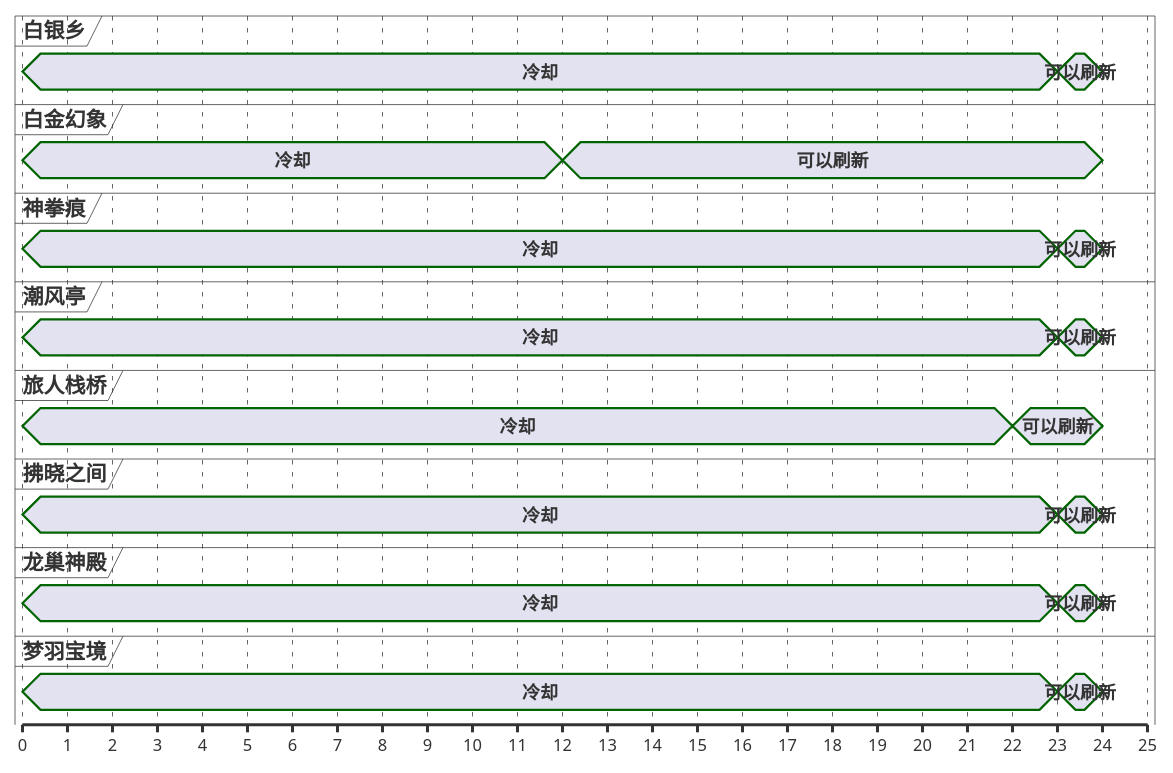
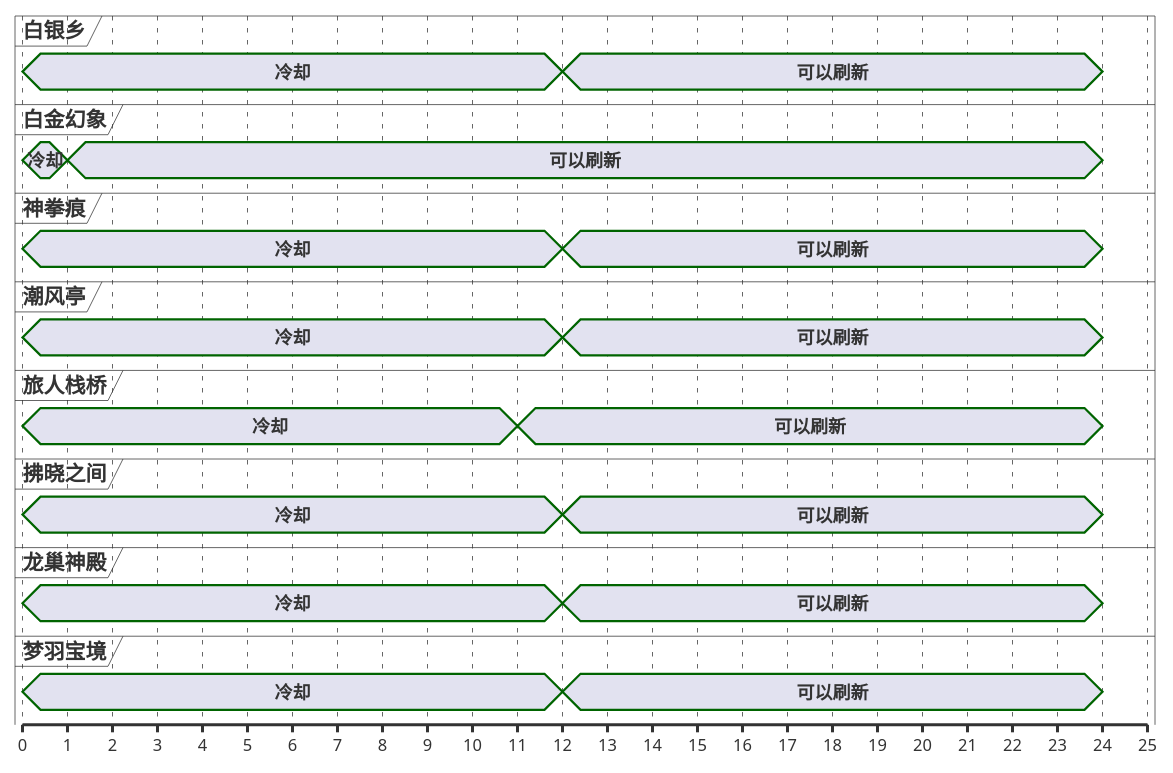
Before and after one commit to Eroleice/doc-pi: the second of 13 diagrams in ffxiv/hunt/2.0/Safat.md, drawn with PlantUML. The commit also changed other lines of this file and 38 other files, not shown here.

````diff
--- a/ffxiv/hunt/2.0/Safat.md
+++ b/ffxiv/hunt/2.0/Safat.md
@@ -91,55 +91,55 @@
 ```plantuml
 @startuml
 scale 1 as 30 pixels
 
 concise 白银乡
 concise 白金幻象
 concise 神拳痕
 concise 潮风亭
 concise 旅人栈桥
 concise 拂晓之间
 concise 龙巢神殿
 concise 梦羽宝境
 
 @白金幻象
 0 is 冷却
-12 is 可以刷新
+1 is 可以刷新
 24 is {hidden}
 
 @神拳痕
 0 is 冷却
-23 is 可以刷新
+12 is 可以刷新
 24 is {hidden}
 
 @潮风亭
 0 is 冷却
-23 is 可以刷新
+12 is 可以刷新
 24 is {hidden}
 
 @龙巢神殿
 0 is 冷却
-23 is 可以刷新
+12 is 可以刷新
 24 is {hidden}
 
 @梦羽宝境
 0 is 冷却
-23 is 可以刷新
+12 is 可以刷新
 24 is {hidden}
 
 @白银乡
 0 is 冷却
-23 is 可以刷新
+12 is 可以刷新
 24 is {hidden}
 
 @拂晓之间
 0 is 冷却
-23 is 可以刷新
+12 is 可以刷新
 24 is {hidden}
 
 @旅人栈桥
 0 is 冷却
-22 is 可以刷新
+11 is 可以刷新
 24 is {hidden}
 
 @enduml
 ```
````
